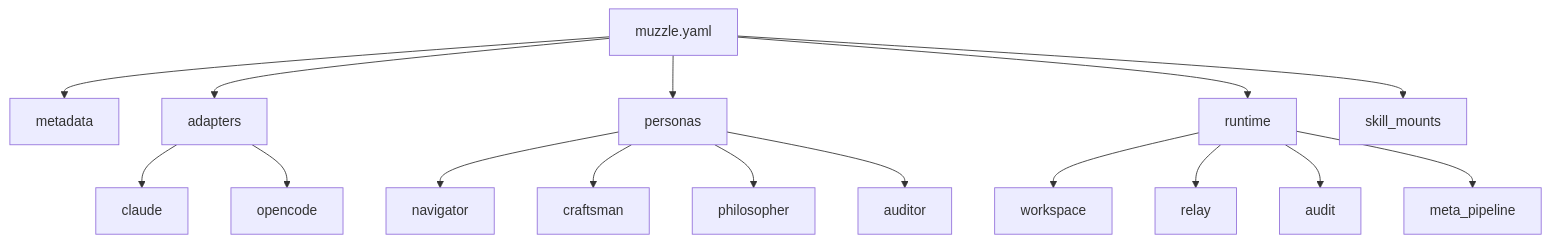
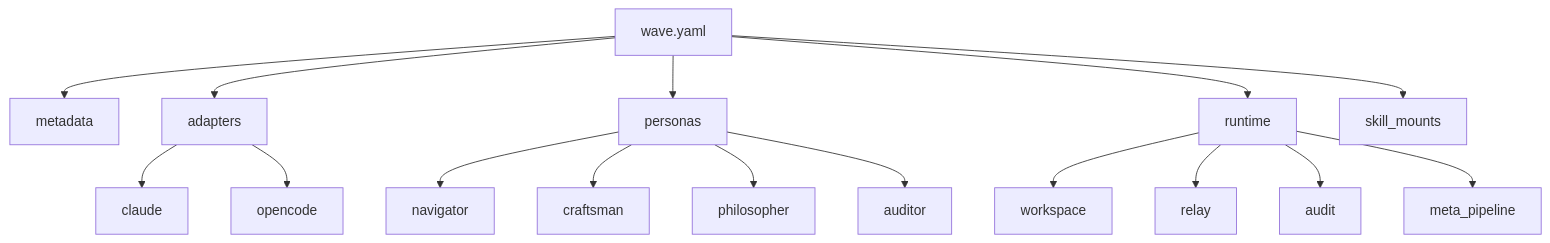
Before and after one commit to re-cinq/wave: the diagram in docs/concepts/manifests.md, drawn with Mermaid. The commit also changed other lines of this file and 45 other files, not shown here.

First line of the commit message:
refactor: rename muzzle to wave throughout codebase

````diff
--- a/docs/concepts/manifests.md
+++ b/docs/concepts/manifests.md
@@ -16,18 +16,18 @@
 ```mermaid
 graph TD
-    M[muzzle.yaml] --> MD[metadata]
+    M[wave.yaml] --> MD[metadata]
     M --> A[adapters]
     M --> P[personas]
     M --> R[runtime]
     M --> S[skill_mounts]
     A --> A1[claude]
     A --> A2[opencode]
     P --> P1[navigator]
     P --> P2[craftsman]
     P --> P3[philosopher]
     P --> P4[auditor]
     R --> R1[workspace]
     R --> R2[relay]
     R --> R3[audit]
     R --> R4[meta_pipeline]
 ```
````
